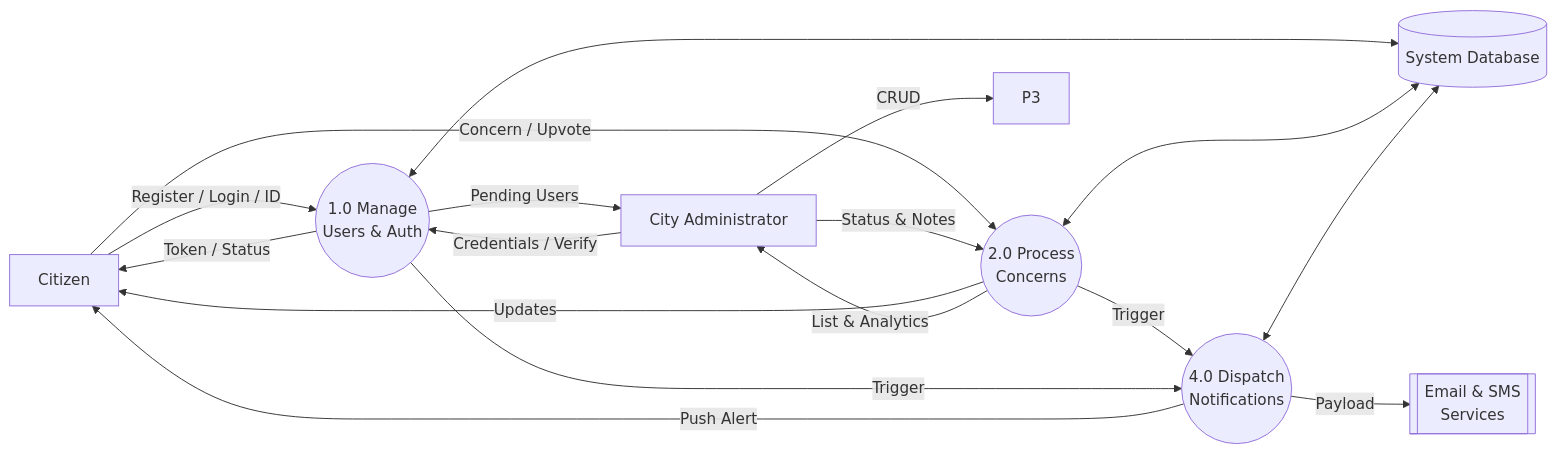
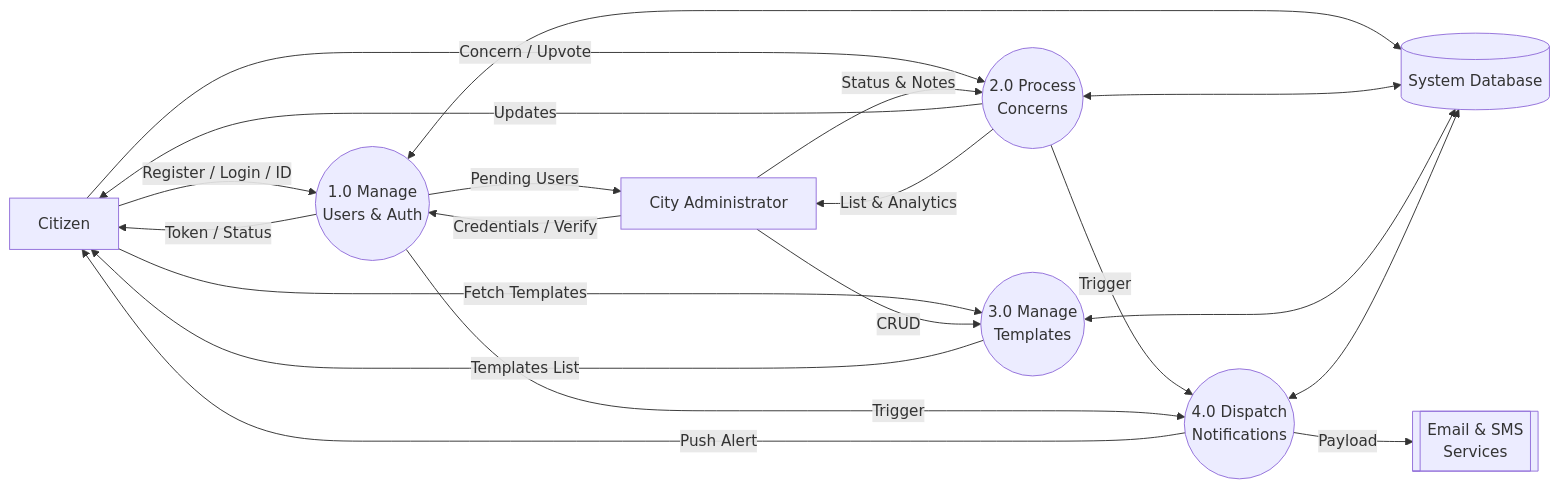
The third of 10 diagrams in diagrams.md (palingubaerwin029-ai/citivoice), drawn with Mermaid before and after one commit. The commit also changed other lines of this file and 10 other files, not shown here.

````diff
--- a/diagrams.md
+++ b/diagrams.md
@@ -161,33 +162,37 @@
 ```mermaid
 flowchart LR
     Citizen[Citizen]
     Admin[City Administrator]
 
     P1(("1.0 Manage<br/>Users & Auth"))
     P2(("2.0 Process<br/>Concerns"))
+    P3(("3.0 Manage<br/>Templates"))
     P4(("4.0 Dispatch<br/>Notifications"))
 
     DB[(System Database)]
 
     ExtNotif[[Email & SMS<br/>Services]]
 
     Citizen -- "Register / Login / ID" --> P1
     P1 -- "Token / Status" --> Citizen
     Citizen -- "Concern / Upvote" --> P2
     P2 -- "Updates" --> Citizen
+    Citizen -- "Fetch Templates" --> P3
+    P3 -- "Templates List" --> Citizen
     P4 -- "Push Alert" --> Citizen
 
     Admin -- "Credentials / Verify" --> P1
     P1 -- "Pending Users" --> Admin
     Admin -- "Status & Notes" --> P2
     P2 -- "List & Analytics" --> Admin
     Admin -- "CRUD" --> P3
 
     P1 <--> DB
     P2 <--> DB
+    P3 <--> DB
     P4 <--> DB
 
     P2 -- "Trigger" --> P4
     P1 -- "Trigger" --> P4
     P4 -- "Payload" --> ExtNotif
 ```
````
